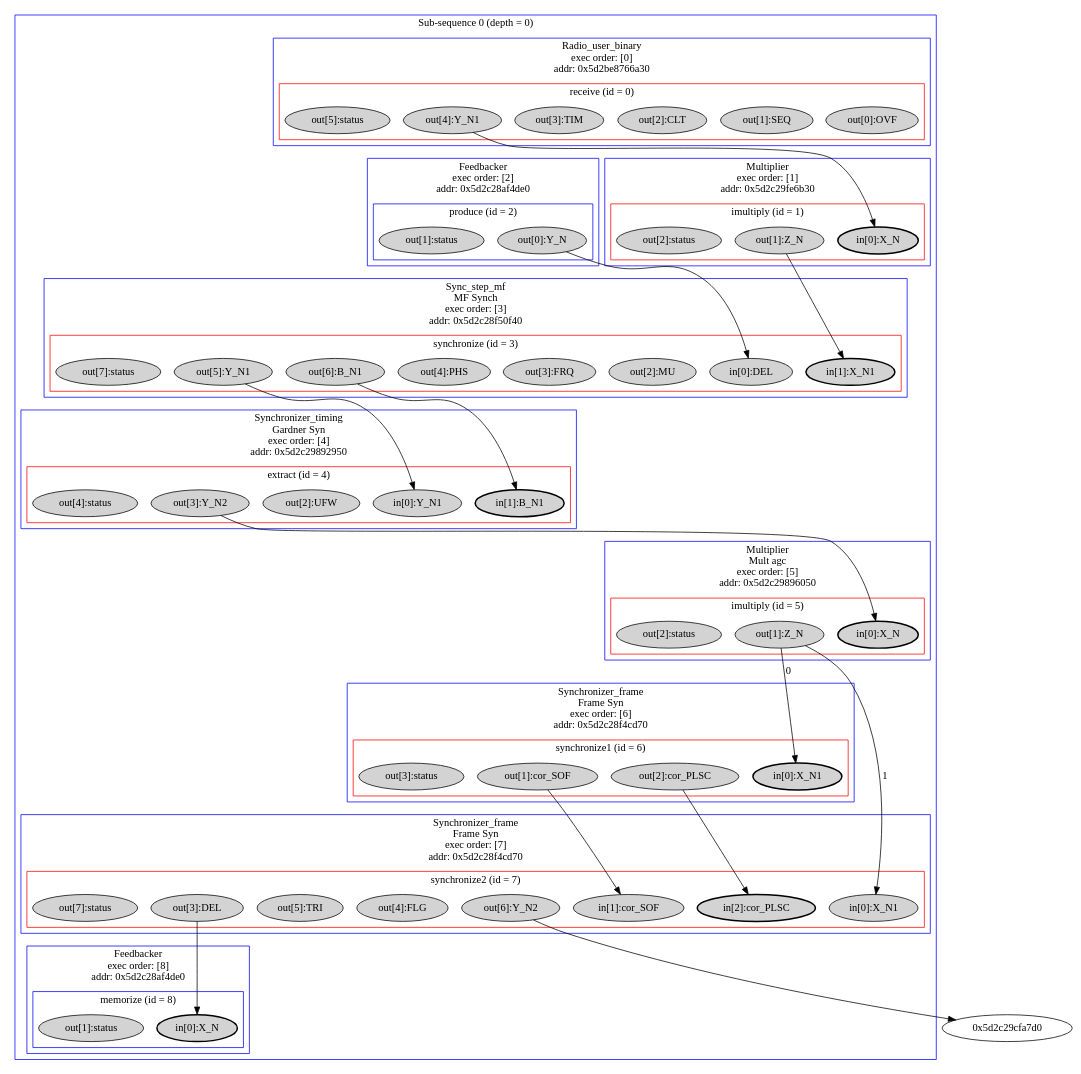
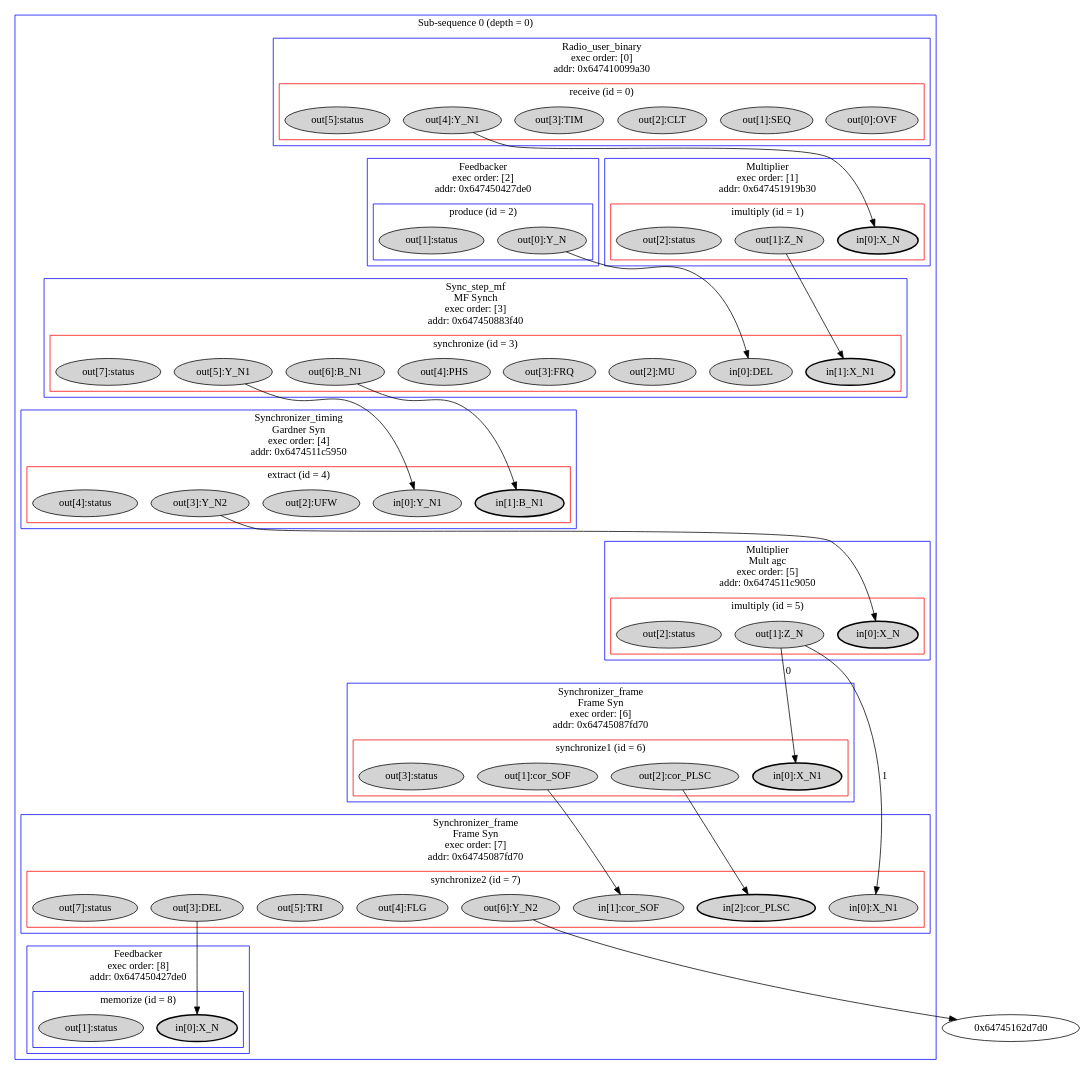
One commit to YacineIdouar/artifact_energy-aware_scheduling_strategies_scx changed the diagram in rx_sequence_waiting_and_learning_1_2.dot. Above: the diagram before and after it, drawn with Graphviz. The commit also changed 733 other files, not shown here.

```diff
--- a/rx_sequence_waiting_and_learning_1_2.dot
+++ b/rx_sequence_waiting_and_learning_1_2.dot
@@ -1,173 +1,173 @@
 digraph Sequence {
-	subgraph "cluster_Sub-sequence 0 (depth = 0)_0x7ffe17fbdfb0" {
+	subgraph "cluster_Sub-sequence 0 (depth = 0)_0x7ffc6edf0b10" {
 		node [style=filled];
-		subgraph "cluster_0x5d2be8766a30_0x5d2be8767270" {
+		subgraph "cluster_0x647410099a30_0x64741009a270" {
 			node [style=filled];
-			subgraph "cluster_0x5d2c28f55500" {
+			subgraph "cluster_0x647451136cb0" {
 				node [style=filled];
-				"0x5d2be8767470"[label="out[0]:OVF"];
-				"0x5d2be8767590"[label="out[1]:SEQ"];
-				"0x5d2be87676c0"[label="out[2]:CLT"];
-				"0x5d2be87677f0"[label="out[3]:TIM"];
-				"0x5d2be8767940"[label="out[4]:Y_N1"];
-				"0x5d2be87605a0"[label="out[5]:status"];
+				"0x64741009a470"[label="out[0]:OVF"];
+				"0x64741009a590"[label="out[1]:SEQ"];
+				"0x64741009a6c0"[label="out[2]:CLT"];
+				"0x64741009a7f0"[label="out[3]:TIM"];
+				"0x64741009a940"[label="out[4]:Y_N1"];
+				"0x6474100935a0"[label="out[5]:status"];
 				label="receive (id = 0)";
 				color=red;
 			}
 			label="Radio_user_binary
 exec order: [0]
-addr: 0x5d2be8766a30";
+addr: 0x647410099a30";
 			color=blue;
 		}
-		subgraph "cluster_0x5d2c29fe6b30_0x5d2c29895260" {
+		subgraph "cluster_0x647451919b30_0x6474511c8260" {
 			node [style=filled];
-			subgraph "cluster_0x5d2c28f55508" {
+			subgraph "cluster_0x647451136cb8" {
 				node [style=filled];
-				"0x5d2c298954e0"[label="in[0]:X_N", penwidth="2.0"];
-				"0x5d2c29895630"[label="out[1]:Z_N"];
-				"0x5d2c29895750"[label="out[2]:status"];
+				"0x6474511c84e0"[label="in[0]:X_N", penwidth="2.0"];
+				"0x6474511c8630"[label="out[1]:Z_N"];
+				"0x6474511c8750"[label="out[2]:status"];
 				label="imultiply (id = 1)";
 				color=red;
 			}
 			label="Multiplier
 exec order: [1]
-addr: 0x5d2c29fe6b30";
+addr: 0x647451919b30";
 			color=blue;
 		}
-		subgraph "cluster_0x5d2c28af4de0_0x5d2c2983b9c0" {
+		subgraph "cluster_0x647450427de0_0x64745116e9c0" {
 			node [style=filled];
-			subgraph "cluster_0x5d2c28f55510" {
+			subgraph "cluster_0x647451136cc0" {
 				node [style=filled];
-				"0x5d2c2983bcb0"[label="out[0]:Y_N"];
-				"0x5d2c2983bd80"[label="out[1]:status"];
+				"0x64745116ecb0"[label="out[0]:Y_N"];
+				"0x64745116ed80"[label="out[1]:status"];
 				label="produce (id = 2)";
 				color=blue;
 			}
 			label="Feedbacker
 exec order: [2]
-addr: 0x5d2c28af4de0";
+addr: 0x647450427de0";
 			color=blue;
 		}
-		subgraph "cluster_0x5d2c28f50f40_0x5d2c28f51080" {
+		subgraph "cluster_0x647450883f40_0x647450884080" {
 			node [style=filled];
-			subgraph "cluster_0x5d2c28f55518" {
+			subgraph "cluster_0x647451136cc8" {
 				node [style=filled];
-				"0x5d2c28f51340"[label="in[0]:DEL"];
-				"0x5d2c28f51490"[label="in[1]:X_N1", penwidth="2.0"];
-				"0x5d2c28f515b0"[label="out[2]:MU"];
-				"0x5d2c28f517f0"[label="out[3]:FRQ"];
-				"0x5d2c28f51940"[label="out[4]:PHS"];
-				"0x5d2c28f51b80"[label="out[5]:Y_N1"];
-				"0x5d2c28f51ca0"[label="out[6]:B_N1"];
-				"0x5d2c28f51dc0"[label="out[7]:status"];
+				"0x647450884340"[label="in[0]:DEL"];
+				"0x647450884490"[label="in[1]:X_N1", penwidth="2.0"];
+				"0x6474508845b0"[label="out[2]:MU"];
+				"0x6474508847f0"[label="out[3]:FRQ"];
+				"0x647450884940"[label="out[4]:PHS"];
+				"0x647450884b80"[label="out[5]:Y_N1"];
+				"0x647450884ca0"[label="out[6]:B_N1"];
+				"0x647450884dc0"[label="out[7]:status"];
 				label="synchronize (id = 3)";
 				color=red;
 			}
 			label="Sync_step_mf
 MF Synch
 exec order: [3]
-addr: 0x5d2c28f50f40";
+addr: 0x647450883f40";
 			color=blue;
 		}
-		subgraph "cluster_0x5d2c29892950_0x5d2c29893620" {
+		subgraph "cluster_0x6474511c5950_0x6474511c6620" {
 			node [style=filled];
-			subgraph "cluster_0x5d2c28f55520" {
+			subgraph "cluster_0x647451136cd0" {
 				node [style=filled];
-				"0x5d2c29893840"[label="in[0]:Y_N1"];
-				"0x5d2c29893910"[label="in[1]:B_N1", penwidth="2.0"];
-				"0x5d2c29893a30"[label="out[2]:UFW"];
-				"0x5d2c29893c00"[label="out[3]:Y_N2"];
-				"0x5d2c29893d80"[label="out[4]:status"];
+				"0x6474511c6840"[label="in[0]:Y_N1"];
+				"0x6474511c6910"[label="in[1]:B_N1", penwidth="2.0"];
+				"0x6474511c6a30"[label="out[2]:UFW"];
+				"0x6474511c6c00"[label="out[3]:Y_N2"];
+				"0x6474511c6d80"[label="out[4]:status"];
 				label="extract (id = 4)";
 				color=red;
 			}
 			label="Synchronizer_timing
 Gardner Syn
 exec order: [4]
-addr: 0x5d2c29892950";
+addr: 0x6474511c5950";
 			color=blue;
 		}
-		subgraph "cluster_0x5d2c29896050_0x5d2c29896140" {
+		subgraph "cluster_0x6474511c9050_0x6474511c9140" {
 			node [style=filled];
-			subgraph "cluster_0x5d2c28f55528" {
+			subgraph "cluster_0x647451136cd8" {
 				node [style=filled];
-				"0x5d2c298963e0"[label="in[0]:X_N", penwidth="2.0"];
-				"0x5d2c29896530"[label="out[1]:Z_N"];
-				"0x5d2c29896650"[label="out[2]:status"];
+				"0x6474511c93e0"[label="in[0]:X_N", penwidth="2.0"];
+				"0x6474511c9530"[label="out[1]:Z_N"];
+				"0x6474511c9650"[label="out[2]:status"];
 				label="imultiply (id = 5)";
 				color=red;
 			}
 			label="Multiplier
 Mult agc
 exec order: [5]
-addr: 0x5d2c29896050";
+addr: 0x6474511c9050";
 			color=blue;
 		}
-		subgraph "cluster_0x5d2c28f4cd70_0x5d2c28f4d6b0" {
+		subgraph "cluster_0x64745087fd70_0x6474508806b0" {
 			node [style=filled];
-			subgraph "cluster_0x5d2c28f55530" {
+			subgraph "cluster_0x647451136ce0" {
 				node [style=filled];
-				"0x5d2c28f4d900"[label="in[0]:X_N1", penwidth="2.0"];
-				"0x5d2c28f4d9d0"[label="out[1]:cor_SOF"];
-				"0x5d2c28f4db20"[label="out[2]:cor_PLSC"];
-				"0x5d2c28f4dcc0"[label="out[3]:status"];
+				"0x647450880900"[label="in[0]:X_N1", penwidth="2.0"];
+				"0x6474508809d0"[label="out[1]:cor_SOF"];
+				"0x647450880b20"[label="out[2]:cor_PLSC"];
+				"0x647450880cc0"[label="out[3]:status"];
 				label="synchronize1 (id = 6)";
 				color=red;
 			}
 			label="Synchronizer_frame
 Frame Syn
 exec order: [6]
-addr: 0x5d2c28f4cd70";
+addr: 0x64745087fd70";
 			color=blue;
 		}
-		subgraph "cluster_0x5d2c28f4cd70_0x5d2c28f4dd90" {
+		subgraph "cluster_0x64745087fd70_0x647450880d90" {
 			node [style=filled];
-			subgraph "cluster_0x5d2c28f55538" {
+			subgraph "cluster_0x647451136ce8" {
 				node [style=filled];
-				"0x5d2c28f4e060"[label="in[0]:X_N1"];
-				"0x5d2c28f4e180"[label="in[1]:cor_SOF"];
-				"0x5d2c28f4e2a0"[label="in[2]:cor_PLSC", penwidth="2.0"];
-				"0x5d2c28f4e480"[label="out[3]:DEL"];
-				"0x5d2c28f4e5a0"[label="out[4]:FLG"];
-				"0x5d2c28f4e7e0"[label="out[5]:TRI"];
-				"0x5d2c28f4e900"[label="out[6]:Y_N2"];
-				"0x5d2c28f4ea20"[label="out[7]:status"];
+				"0x647450881060"[label="in[0]:X_N1"];
+				"0x647450881180"[label="in[1]:cor_SOF"];
+				"0x6474508812a0"[label="in[2]:cor_PLSC", penwidth="2.0"];
+				"0x647450881480"[label="out[3]:DEL"];
+				"0x6474508815a0"[label="out[4]:FLG"];
+				"0x6474508817e0"[label="out[5]:TRI"];
+				"0x647450881900"[label="out[6]:Y_N2"];
+				"0x647450881a20"[label="out[7]:status"];
 				label="synchronize2 (id = 7)";
 				color=red;
 			}
 			label="Synchronizer_frame
 Frame Syn
 exec order: [7]
-addr: 0x5d2c28f4cd70";
+addr: 0x64745087fd70";
 			color=blue;
 		}
-		subgraph "cluster_0x5d2c28af4de0_0x5d2c2983b440" {
+		subgraph "cluster_0x647450427de0_0x64745116e440" {
 			node [style=filled];
-			subgraph "cluster_0x5d2c28f55540" {
+			subgraph "cluster_0x647451136cf0" {
 				node [style=filled];
-				"0x5d2c2983b760"[label="in[0]:X_N", penwidth="2.0"];
-				"0x5d2c2983b8d0"[label="out[1]:status"];
+				"0x64745116e760"[label="in[0]:X_N", penwidth="2.0"];
+				"0x64745116e8d0"[label="out[1]:status"];
 				label="memorize (id = 8)";
 				color=blue;
 			}
 			label="Feedbacker
 exec order: [8]
-addr: 0x5d2c28af4de0";
+addr: 0x647450427de0";
 			color=blue;
 		}
 		label="Sub-sequence 0 (depth = 0)";
 		color=blue;
 	}
-	"0x5d2be8767940" -> "0x5d2c298954e0"
-	"0x5d2c29895630" -> "0x5d2c28f51490"
-	"0x5d2c2983bcb0" -> "0x5d2c28f51340"
-	"0x5d2c28f51b80" -> "0x5d2c29893840"
-	"0x5d2c28f51ca0" -> "0x5d2c29893910"
-	"0x5d2c29893c00" -> "0x5d2c298963e0"
-	"0x5d2c29896530" -> "0x5d2c28f4d900"[label="0"]
-	"0x5d2c29896530" -> "0x5d2c28f4e060"[label="1"]
-	"0x5d2c28f4d9d0" -> "0x5d2c28f4e180"
-	"0x5d2c28f4db20" -> "0x5d2c28f4e2a0"
-	"0x5d2c28f4e480" -> "0x5d2c2983b760"
-	"0x5d2c28f4e900" -> "0x5d2c29cfa7d0"
+	"0x64741009a940" -> "0x6474511c84e0"
+	"0x6474511c8630" -> "0x647450884490"
+	"0x64745116ecb0" -> "0x647450884340"
+	"0x647450884b80" -> "0x6474511c6840"
+	"0x647450884ca0" -> "0x6474511c6910"
+	"0x6474511c6c00" -> "0x6474511c93e0"
+	"0x6474511c9530" -> "0x647450880900"[label="0"]
+	"0x6474511c9530" -> "0x647450881060"[label="1"]
+	"0x6474508809d0" -> "0x647450881180"
+	"0x647450880b20" -> "0x6474508812a0"
+	"0x647450881480" -> "0x64745116e760"
+	"0x647450881900" -> "0x64745162d7d0"
 }
```
